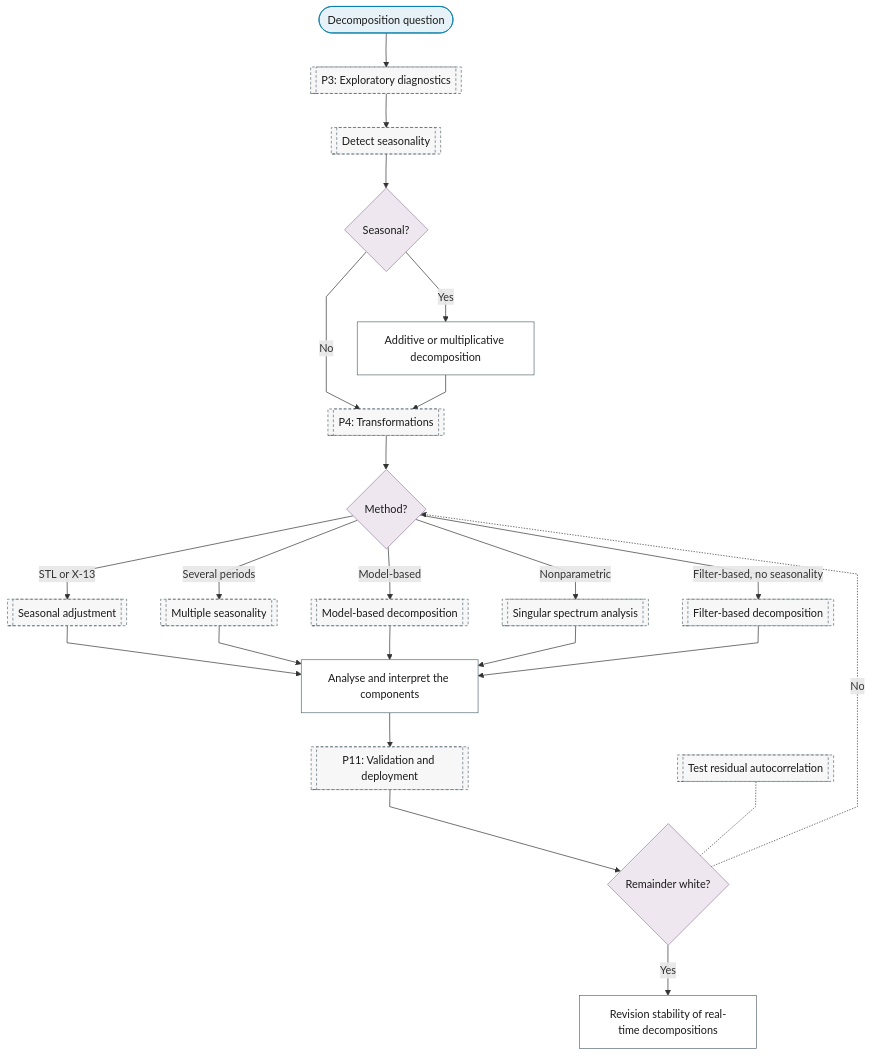
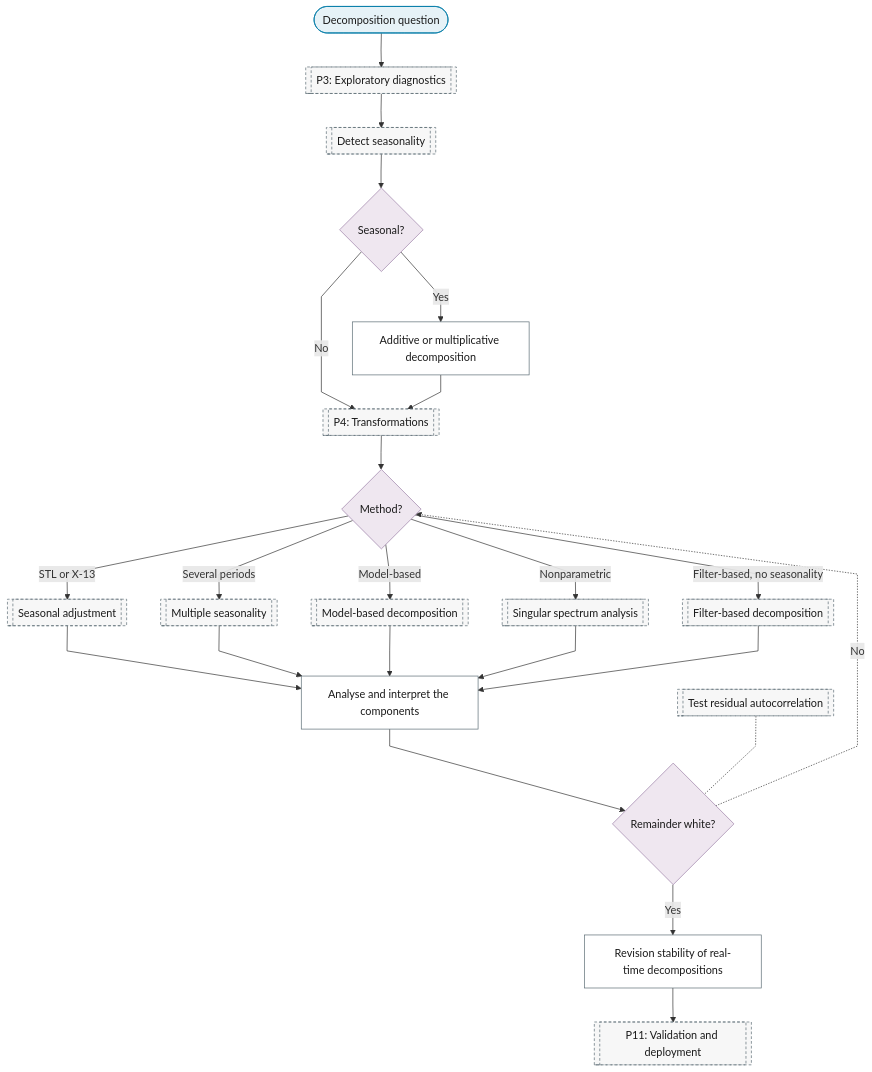
Before and after one commit to Shuxin-Y/time-series-analysis-manual: the diagram in docs/01-workflow/p02-purpose/06-decomposition.md, drawn with Mermaid. The commit also changed 1 other file, not shown here.

Commit message:
fix(flowchart): decomposition ends at the P11 box (rev3 S4)
The remainder-whiteness diamond (with its dotted pointer to P7's
autocorrelation test) and the revision-stability leaf come before the
P11 box; they are P2 leaves, so the box-before-leaves rule does not put
them after P11. The writing rules state that a purpose chart ends at the
P11 box or at a P11 leaf.

````diff
--- a/docs/01-workflow/p02-purpose/06-decomposition.md
+++ b/docs/01-workflow/p02-purpose/06-decomposition.md
@@ -7,34 +7,34 @@
 ```mermaid
 %%{init: {"flowchart": {"curve": "linear"}}}%%
 graph TD
     P2_DC_IN(["Decomposition question"]) --> P3[["P3: Exploratory diagnostics"]]
     P3 --> P3_SEASONALITY[["Detect seasonality"]]
     P3_SEASONALITY --> P2_DC_SEASONAL{"Seasonal?"}
     P2_DC_SEASONAL -->|"Yes"| P2_DC_ADDITIVE_MULTIPLICATIVE["Additive or multiplicative decomposition"]
     P2_DC_SEASONAL -->|"No"| P4
     P2_DC_ADDITIVE_MULTIPLICATIVE --> P4[["P4: Transformations"]]
     P4 --> P2_DC_METHOD{"Method?"}
     P2_DC_METHOD -->|"STL or X-13"| P4_SEASONAL_ADJUSTMENT[["Seasonal adjustment"]]
     P2_DC_METHOD -->|"Several periods"| P4_MULTIPLE_SEASONALITY[["Multiple seasonality"]]
     P2_DC_METHOD -->|"Model-based"| P4_MODEL_DECOMPOSITION[["Model-based decomposition"]]
     P2_DC_METHOD -->|"Nonparametric"| P4_SSA[["Singular spectrum analysis"]]
     P2_DC_METHOD -->|"Filter-based, no seasonality"| P4_FILTER_DECOMPOSITION[["Filter-based decomposition"]]
     P4_SEASONAL_ADJUSTMENT & P4_MULTIPLE_SEASONALITY & P4_MODEL_DECOMPOSITION & P4_SSA & P4_FILTER_DECOMPOSITION --> P2_DC_COMPONENT_ANALYSIS["Analyse and interpret the components"]
-    P2_DC_COMPONENT_ANALYSIS --> P11[["P11: Validation and deployment"]]
-    P11 --> P2_DC_RESIDUAL{"Remainder white?"}
+    P2_DC_COMPONENT_ANALYSIS --> P2_DC_RESIDUAL{"Remainder white?"}
     P7_MEAN_TESTS[["Test residual autocorrelation"]] -.- P2_DC_RESIDUAL
     P2_DC_RESIDUAL -.->|"No"| P2_DC_METHOD
     P2_DC_RESIDUAL -->|"Yes"| P2_DC_REVISION["Revision stability of real-time decompositions"]
+    P2_DC_REVISION --> P11[["P11: Validation and deployment"]]
     class P2_DC_IN terminator
     class P2_DC_SEASONAL,P2_DC_METHOD,P2_DC_RESIDUAL decision
     class P2_DC_ADDITIVE_MULTIPLICATIVE,P2_DC_COMPONENT_ANALYSIS,P2_DC_REVISION process
-    class P3,P3_SEASONALITY,P4,P4_SEASONAL_ADJUSTMENT,P4_MULTIPLE_SEASONALITY,P4_MODEL_DECOMPOSITION,P4_SSA,P4_FILTER_DECOMPOSITION,P11,P7_MEAN_TESTS ref
+    class P3,P3_SEASONALITY,P4,P4_SEASONAL_ADJUSTMENT,P4_MULTIPLE_SEASONALITY,P4_MODEL_DECOMPOSITION,P4_SSA,P4_FILTER_DECOMPOSITION,P7_MEAN_TESTS,P11 ref
     classDef terminator fill:#E6F2F7,stroke:#007BA7,color:#1A1A1A;
     classDef process fill:#FFFFFF,stroke:#5A6B73,color:#1A1A1A;
     classDef decision fill:#EFE7F0,stroke:#9B7FA7,color:#1A1A1A;
     classDef data fill:#FFF4E0,stroke:#C9A55E,color:#1A1A1A;
     classDef good fill:#DCEFD8,stroke:#4A7A3F,color:#1A1A1A;
     classDef escalate fill:#FFE9C2,stroke:#C9A55E,color:#1A1A1A;
     classDef problem fill:#F2D9DE,stroke:#800020,color:#1A1A1A;
     classDef ref fill:#F7F7F7,stroke:#5A6B73,color:#1A1A1A,stroke-dasharray:4 3;
 ```
````
